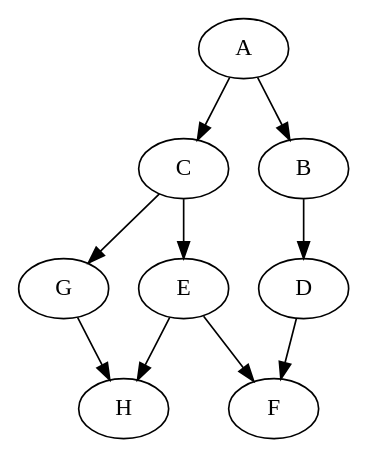
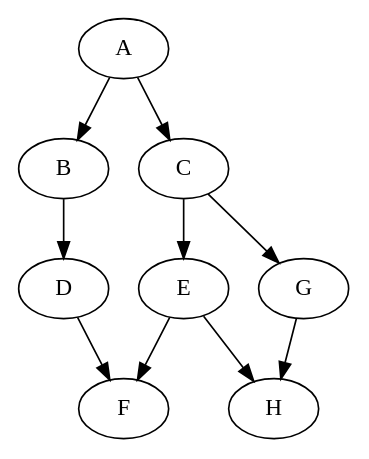
The diagram in examples_cbnets/bnet1.dot (rrtucci/JudeasRx), drawn with Graphviz before and after one commit. The commit also changed other lines of this file and 12 other files, not shown here.

Commit message:
gave Graph, Dag and BayesNet a __deepcopy__

```diff
--- a/examples_cbnets/bnet1.dot
+++ b/examples_cbnets/bnet1.dot
@@ -1,19 +1,19 @@
 strict digraph  {
-D;
-F;
 G;
 H;
+A;
+B;
 C;
 E;
-B;
-A;
-D -> F;
+F;
+D;
 G -> H;
+A -> B;
+A -> C;
+B -> D;
 C -> G;
 C -> E;
 E -> H;
 E -> F;
-B -> D;
-A -> C;
-A -> B;
+D -> F;
 }
```
